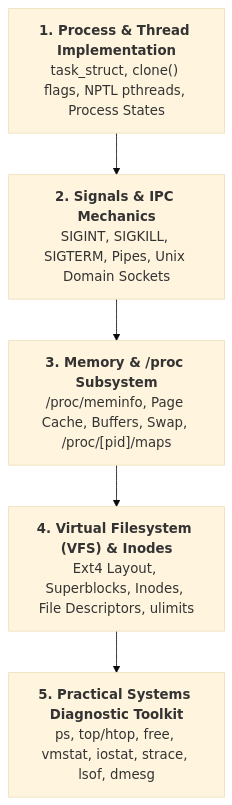
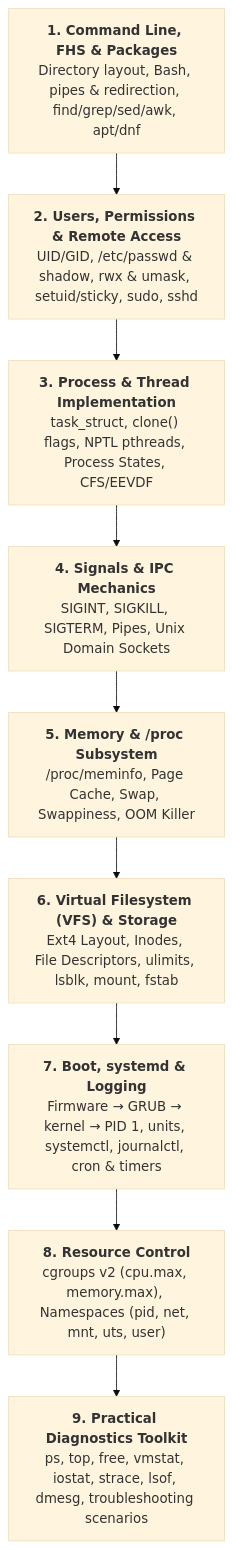
Before and after one commit to HelloMinh2122005/SelfLearn: the diagram in cloud_devops_basic/linux/README.md, drawn with Mermaid (base theme). The commit also changed other lines of this file and 148 other files, not shown here.

````diff
--- a/cloud_devops_basic/linux/README.md
+++ b/cloud_devops_basic/linux/README.md
@@ -11,7 +13,11 @@
 ```mermaid
 flowchart TD
-    L1["<b>1. Process & Thread Implementation</b><br/>task_struct, clone() flags, NPTL pthreads, Process States"] --> L2["<b>2. Signals & IPC Mechanics</b><br/>SIGINT, SIGKILL, SIGTERM, Pipes, Unix Domain Sockets"]
-    L2 --> L3["<b>3. Memory & /proc Subsystem</b><br/>/proc/meminfo, Page Cache, Buffers, Swap, /proc/[pid]/maps"]
-    L3 --> L4["<b>4. Virtual Filesystem (VFS) & Inodes</b><br/>Ext4 Layout, Superblocks, Inodes, File Descriptors, ulimits"]
-    L4 --> L5["<b>5. Practical Systems Diagnostic Toolkit</b><br/>ps, top/htop, free, vmstat, iostat, strace, lsof, dmesg"]
+    L1["<b>1. Command Line, FHS & Packages</b><br/>Directory layout, Bash, pipes & redirection, find/grep/sed/awk, apt/dnf"] --> L2["<b>2. Users, Permissions & Remote Access</b><br/>UID/GID, /etc/passwd & shadow, rwx & umask, setuid/sticky, sudo, sshd"]
+    L2 --> L3["<b>3. Process & Thread Implementation</b><br/>task_struct, clone() flags, NPTL pthreads, Process States, CFS/EEVDF"]
+    L3 --> L4["<b>4. Signals & IPC Mechanics</b><br/>SIGINT, SIGKILL, SIGTERM, Pipes, Unix Domain Sockets"]
+    L4 --> L5["<b>5. Memory & /proc Subsystem</b><br/>/proc/meminfo, Page Cache, Swap, Swappiness, OOM Killer"]
+    L5 --> L6["<b>6. Virtual Filesystem (VFS) & Storage</b><br/>Ext4 Layout, Inodes, File Descriptors, ulimits, lsblk, mount, fstab"]
+    L6 --> L7["<b>7. Boot, systemd & Logging</b><br/>Firmware → GRUB → kernel → PID 1, units, systemctl, journalctl, cron & timers"]
+    L7 --> L8["<b>8. Resource Control</b><br/>cgroups v2 (cpu.max, memory.max), Namespaces (pid, net, mnt, uts, user)"]
+    L8 --> L9["<b>9. Practical Diagnostics Toolkit</b><br/>ps, top, free, vmstat, iostat, strace, lsof, dmesg, troubleshooting scenarios"]
 ```
````
